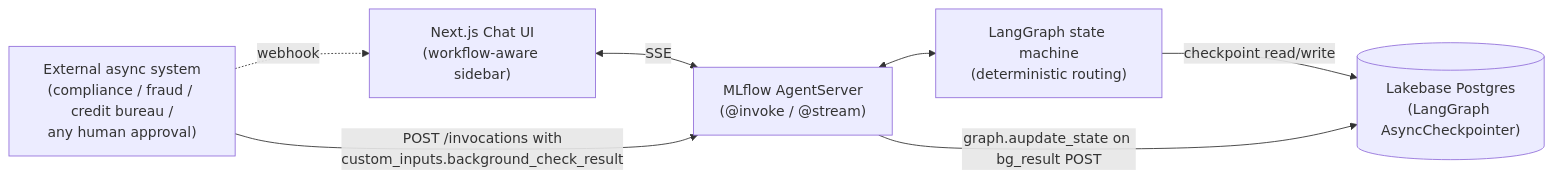
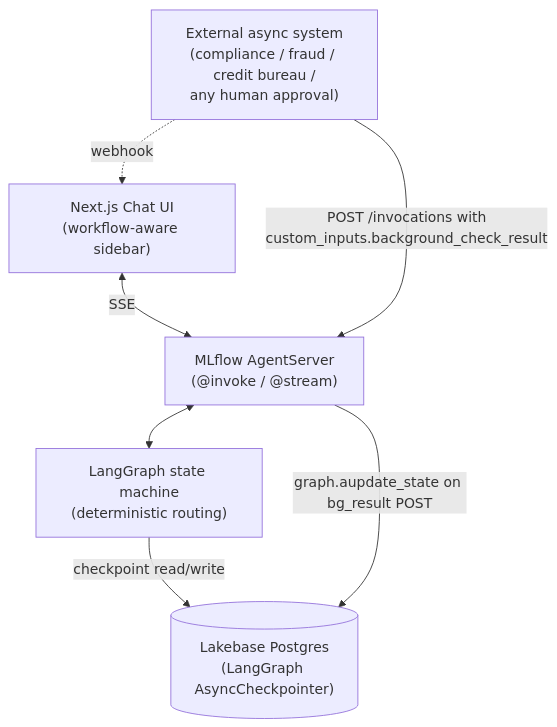
The diagram in README.md (pqbas/factored-hackathon-2026-zenit), drawn with Mermaid before and after one commit.

Commit message:
README: top-to-bottom architecture diagram

````diff
--- a/README.md
+++ b/README.md
@@ -7,15 +7,15 @@
 ```mermaid
-flowchart LR
+flowchart TB
     UI["Next.js Chat UI<br/>(workflow-aware sidebar)"]
     AS["MLflow AgentServer<br/>(@invoke / @stream)"]
     LG["LangGraph state machine<br/>(deterministic routing)"]
     LB[("Lakebase Postgres<br/>(LangGraph AsyncCheckpointer)")]
     EXT["External async system<br/>(compliance / fraud / credit bureau /<br/>any human approval)"]
 
     UI <-->|SSE| AS
     AS <--> LG
     LG -->|checkpoint read/write| LB
     AS -->|"graph.aupdate_state on bg_result POST"| LB
     EXT -->|"POST /invocations with<br/>custom_inputs.background_check_result"| AS
     EXT -.->|webhook| UI
 ```
````
